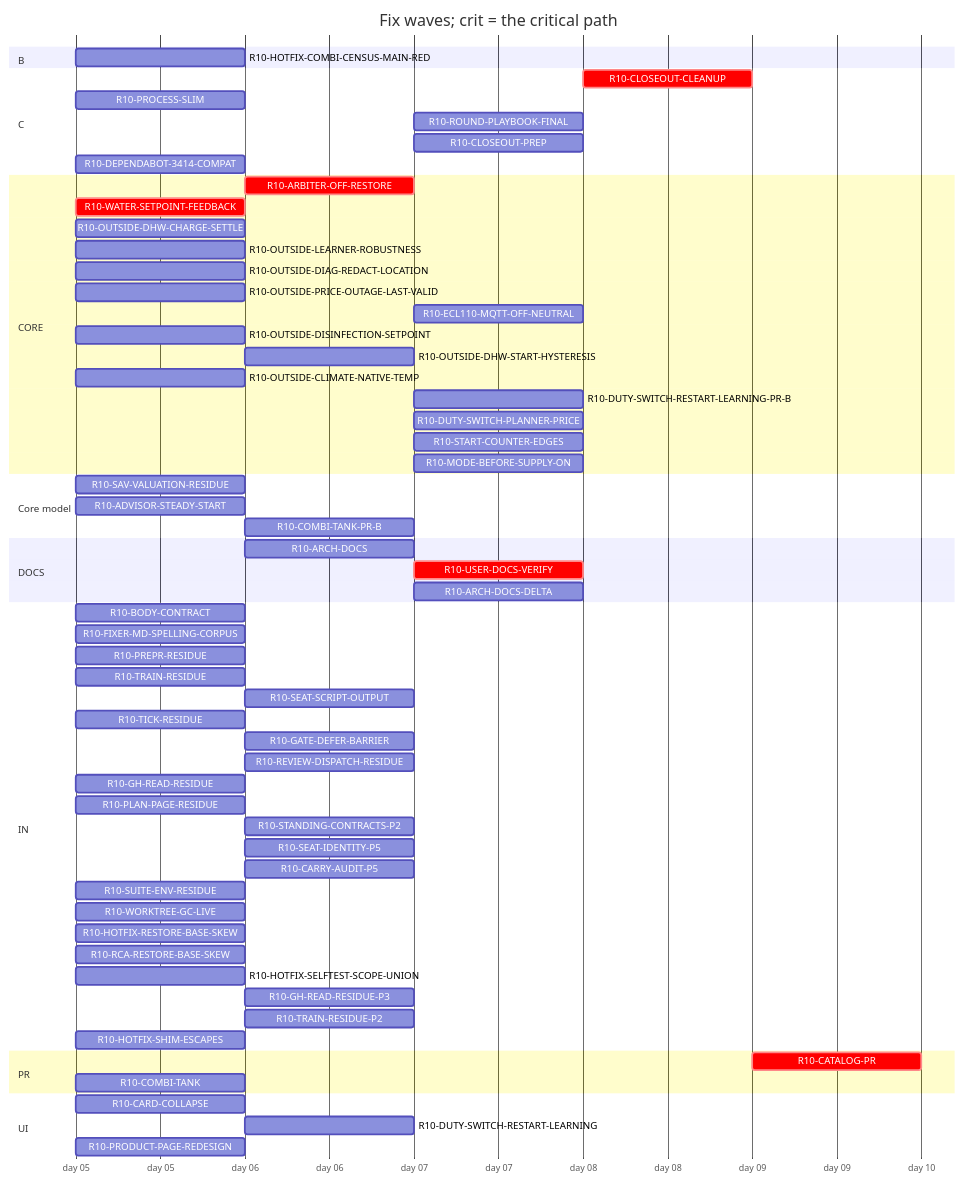
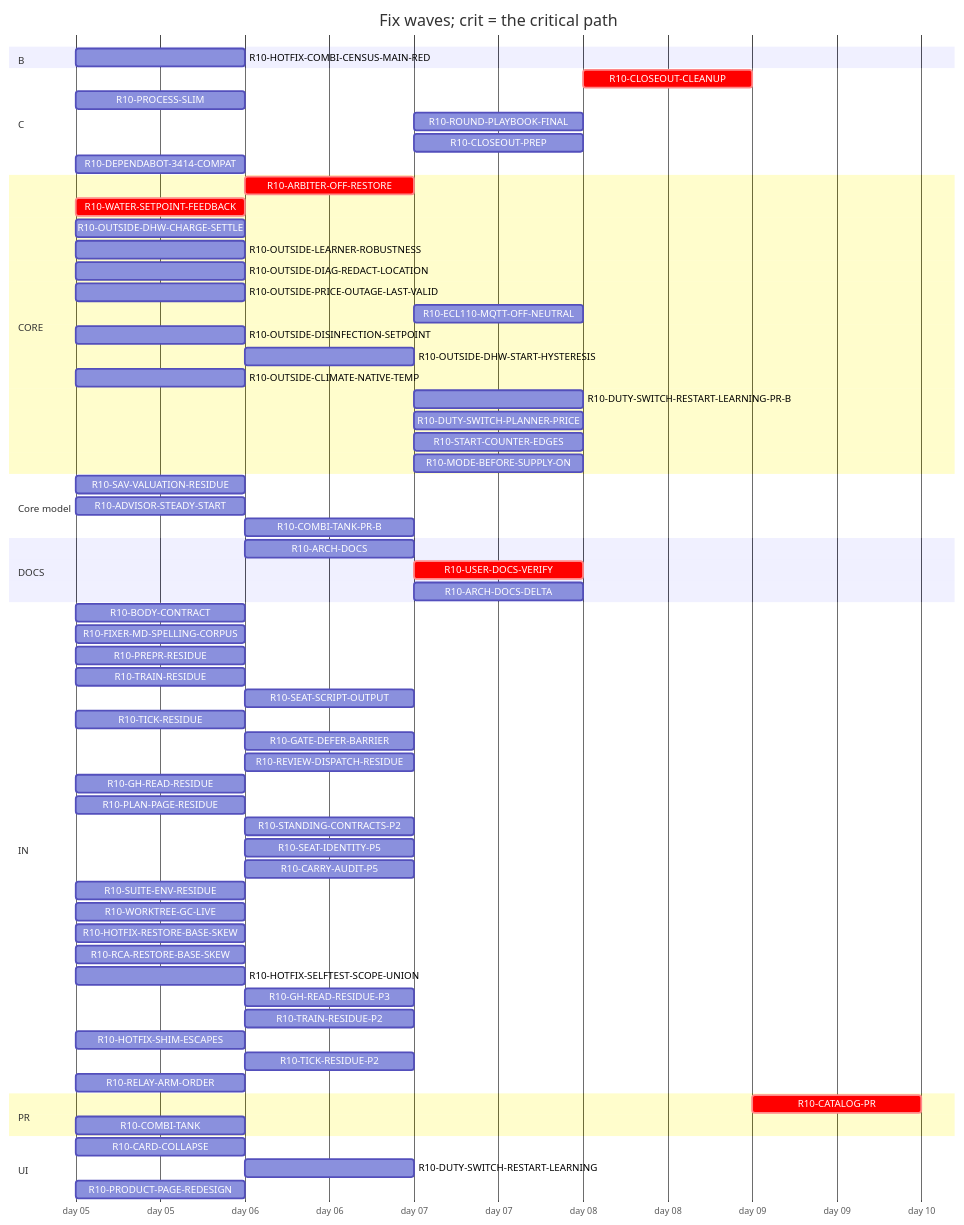
The diagram in handoff/round10/state/PLAN-TABLE.md (tvofi/heatpump_optimizer), drawn with Mermaid before and after one commit. The commit also changed other lines of this file and 4 other files, not shown here.

Commit message:
state: FLOW-BOARD.md, NEXT-SESSION-PROMPT.md, PLAN-TABLE.md, PLAN.html, RESUME-CURRENT.md regenerated (state_docs.py)

````diff
--- a/handoff/round10/state/PLAN-TABLE.md
+++ b/handoff/round10/state/PLAN-TABLE.md
@@ -21,66 +21,68 @@
 ```mermaid
 gantt
   title Fix waves; crit = the critical path
   dateFormat YYYY-MM-DD
   axisFormat day %d
   section B
     R10-HOTFIX-COMBI-CENSUS-MAIN-RED :r10HOTFIXCOMBICENSUSMAINRED, 2026-01-05, 1d
   section C
     R10-CLOSEOUT-CLEANUP :crit, r10CLOSEOUTCLEANUP, after r10ARCHDOCS r10USERDOCSVERIFY r10ROUNDPLAYBOOKFINAL r10CLOSEOUTPREP r10ARCHDOCSDELTA, 1d
     R10-PROCESS-SLIM :r10PROCESSSLIM, 2026-01-05, 1d
     R10-ROUND-PLAYBOOK-FINAL :r10ROUNDPLAYBOOKFINAL, after r10BODYCONTRACT r10PROCESSSLIM r10FIXERMDSPELLINGCORPUS r10PREPRRESIDUE r10SEATSCRIPTOUTPUT r10REVIEWDISPATCHRESIDUE r10CARRYAUDITP5 r10TICKRESIDUE r10SEATIDENTITYP5 r10STANDINGCONTRACTSP2 r10PLANPAGERESIDUE r10TRAINRESIDUE r10GHREADRESIDUE r10SUITEENVRESIDUE r10GATEDEFERBARRIER r10WORKTREEGCLIVE, 1d
     R10-CLOSEOUT-PREP :r10CLOSEOUTPREP, after r10ARCHDOCS r10BODYCONTRACT r10PROCESSSLIM r10FIXERMDSPELLINGCORPUS r10PREPRRESIDUE r10SEATSCRIPTOUTPUT r10REVIEWDISPATCHRESIDUE r10CARRYAUDITP5 r10TICKRESIDUE r10SEATIDENTITYP5 r10STANDINGCONTRACTSP2 r10PLANPAGERESIDUE r10TRAINRESIDUE r10GHREADRESIDUE r10SUITEENVRESIDUE r10GATEDEFERBARRIER r10WORKTREEGCLIVE, 1d
     R10-DEPENDABOT-3414-COMPAT :r10DEPENDABOT3414COMPAT, 2026-01-05, 1d
   section CORE
     R10-ARBITER-OFF-RESTORE :crit, r10ARBITEROFFRESTORE, after r10WATERSETPOINTFEEDBACK, 1d
     R10-WATER-SETPOINT-FEEDBACK :crit, r10WATERSETPOINTFEEDBACK, 2026-01-05, 1d
     R10-OUTSIDE-DHW-CHARGE-SETTLE :r10OUTSIDEDHWCHARGESETTLE, 2026-01-05, 1d
     R10-OUTSIDE-LEARNER-ROBUSTNESS :r10OUTSIDELEARNERROBUSTNESS, 2026-01-05, 1d
     R10-OUTSIDE-DIAG-REDACT-LOCATION :r10OUTSIDEDIAGREDACTLOCATION, 2026-01-05, 1d
     R10-OUTSIDE-PRICE-OUTAGE-LAST-VALID :r10OUTSIDEPRICEOUTAGELASTVALID, 2026-01-05, 1d
     R10-ECL110-MQTT-OFF-NEUTRAL :r10ECL110MQTTOFFNEUTRAL, after r10ARBITEROFFRESTORE, 1d
     R10-OUTSIDE-DISINFECTION-SETPOINT :r10OUTSIDEDISINFECTIONSETPOINT, 2026-01-05, 1d
     R10-OUTSIDE-DHW-START-HYSTERESIS :r10OUTSIDEDHWSTARTHYSTERESIS, after r10OUTSIDEDISINFECTIONSETPOINT, 1d
     R10-OUTSIDE-CLIMATE-NATIVE-TEMP :r10OUTSIDECLIMATENATIVETEMP, 2026-01-05, 1d
     R10-DUTY-SWITCH-RESTART-LEARNING-PR-B :r10DUTYSWITCHRESTARTLEARNINGPRB, after r10DUTYSWITCHRESTARTLEARNING, 1d
     R10-DUTY-SWITCH-PLANNER-PRICE :r10DUTYSWITCHPLANNERPRICE, after r10DUTYSWITCHRESTARTLEARNING, 1d
     R10-START-COUNTER-EDGES :r10STARTCOUNTEREDGES, after r10DUTYSWITCHRESTARTLEARNING, 1d
     R10-MODE-BEFORE-SUPPLY-ON :r10MODEBEFORESUPPLYON, after r10DUTYSWITCHRESTARTLEARNING, 1d
   section Core model
     R10-SAV-VALUATION-RESIDUE :r10SAVVALUATIONRESIDUE, 2026-01-05, 1d
     R10-ADVISOR-STEADY-START :r10ADVISORSTEADYSTART, 2026-01-05, 1d
     R10-COMBI-TANK-PR-B :r10COMBITANKPRB, after r10COMBITANK, 1d
   section DOCS
     R10-ARCH-DOCS :r10ARCHDOCS, after r10BODYCONTRACT r10PROCESSSLIM, 1d
     R10-USER-DOCS-VERIFY :crit, r10USERDOCSVERIFY, after r10ARBITEROFFRESTORE r10COMBITANK r10PRODUCTPAGEREDESIGN, 1d
     R10-ARCH-DOCS-DELTA :r10ARCHDOCSDELTA, after r10ARCHDOCS r10ARBITEROFFRESTORE r10COMBITANK r10SAVVALUATIONRESIDUE r10ADVISORSTEADYSTART r10COMBITANKPRB, 1d
   section IN
     R10-BODY-CONTRACT :r10BODYCONTRACT, 2026-01-05, 1d
     R10-FIXER-MD-SPELLING-CORPUS :r10FIXERMDSPELLINGCORPUS, 2026-01-05, 1d
     R10-PREPR-RESIDUE :r10PREPRRESIDUE, 2026-01-05, 1d
     R10-TRAIN-RESIDUE :r10TRAINRESIDUE, 2026-01-05, 1d
     R10-SEAT-SCRIPT-OUTPUT :r10SEATSCRIPTOUTPUT, after r10TRAINRESIDUE, 1d
     R10-TICK-RESIDUE :r10TICKRESIDUE, 2026-01-05, 1d
     R10-GATE-DEFER-BARRIER :r10GATEDEFERBARRIER, after r10TRAINRESIDUE r10TICKRESIDUE, 1d
     R10-REVIEW-DISPATCH-RESIDUE :r10REVIEWDISPATCHRESIDUE, after r10PROCESSSLIM, 1d
     R10-GH-READ-RESIDUE :r10GHREADRESIDUE, 2026-01-05, 1d
     R10-PLAN-PAGE-RESIDUE :r10PLANPAGERESIDUE, 2026-01-05, 1d
     R10-STANDING-CONTRACTS-P2 :r10STANDINGCONTRACTSP2, after r10FIXERMDSPELLINGCORPUS, 1d
     R10-SEAT-IDENTITY-P5 :r10SEATIDENTITYP5, after r10TICKRESIDUE, 1d
     R10-CARRY-AUDIT-P5 :r10CARRYAUDITP5, after r10BODYCONTRACT, 1d
     R10-SUITE-ENV-RESIDUE :r10SUITEENVRESIDUE, 2026-01-05, 1d
     R10-WORKTREE-GC-LIVE :r10WORKTREEGCLIVE, 2026-01-05, 1d
     R10-HOTFIX-RESTORE-BASE-SKEW :r10HOTFIXRESTOREBASESKEW, 2026-01-05, 1d
     R10-RCA-RESTORE-BASE-SKEW :r10RCARESTOREBASESKEW, 2026-01-05, 1d
     R10-HOTFIX-SELFTEST-SCOPE-UNION :r10HOTFIXSELFTESTSCOPEUNION, 2026-01-05, 1d
     R10-GH-READ-RESIDUE-P3 :r10GHREADRESIDUEP3, after r10TICKRESIDUE r10GHREADRESIDUE, 1d
     R10-TRAIN-RESIDUE-P2 :r10TRAINRESIDUEP2, after r10TRAINRESIDUE, 1d
     R10-HOTFIX-SHIM-ESCAPES :r10HOTFIXSHIMESCAPES, 2026-01-05, 1d
+    R10-TICK-RESIDUE-P2 :r10TICKRESIDUEP2, after r10TICKRESIDUE, 1d
+    R10-RELAY-ARM-ORDER :r10RELAYARMORDER, 2026-01-05, 1d
   section PR
     R10-CATALOG-PR :crit, r10CATALOGPR, after r10USERDOCSVERIFY r10ARCHDOCS r10ROUNDPLAYBOOKFINAL r10CLOSEOUTCLEANUP r10CLOSEOUTPREP r10ARCHDOCSDELTA, 1d
     R10-COMBI-TANK :r10COMBITANK, 2026-01-05, 1d
   section UI
     R10-CARD-COLLAPSE :r10CARDCOLLAPSE, 2026-01-05, 1d
     R10-DUTY-SWITCH-RESTART-LEARNING :r10DUTYSWITCHRESTARTLEARNING, after r10WATERSETPOINTFEEDBACK, 1d
     R10-PRODUCT-PAGE-REDESIGN :r10PRODUCTPAGEREDESIGN, 2026-01-05, 1d
 ```
````
